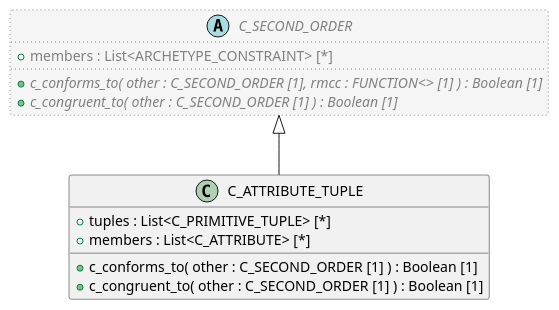
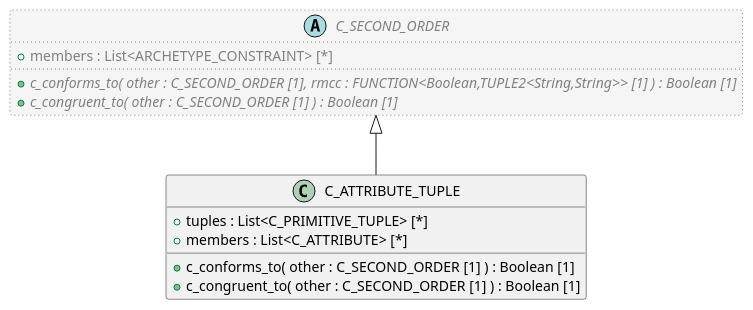
One commit to sebastian-iancu/code-generator changed the diagram in code/Adoc/openehr_am_2.2.0/plantUML/classes/aom2.c_attribute_tuple.adoc. Above: the diagram before and after it, drawn with PlantUML. The commit also changed 299 other files, not shown here.

```diff
--- a/code/Adoc/openehr_am_2.2.0/plantUML/classes/aom2.c_attribute_tuple.adoc
+++ b/code/Adoc/openehr_am_2.2.0/plantUML/classes/aom2.c_attribute_tuple.adoc
@@ -1,22 +1,22 @@
 [plantuml,C_ATTRIBUTE_TUPLE,format=svg]
 -----
 @startuml
 
 class C_ATTRIBUTE_TUPLE {
   + tuples : List<C_PRIMITIVE_TUPLE> [*]
   + members : List<C_ATTRIBUTE> [*]
   + c_conforms_to( other : C_SECOND_ORDER [1] ) : Boolean [1]
   + c_congruent_to( other : C_SECOND_ORDER [1] ) : Boolean [1]
 }
 
 abstract class C_SECOND_ORDER  #whitesmoke;line:gray;line.dotted;text:gray {
   + members : List<ARCHETYPE_CONSTRAINT> [*]
-  + {abstract} c_conforms_to( other : C_SECOND_ORDER [1], rmcc : FUNCTION<> [1] ) : Boolean [1]
+  + {abstract} c_conforms_to( other : C_SECOND_ORDER [1], rmcc : FUNCTION<Boolean,TUPLE2<String,String>> [1] ) : Boolean [1]
   + {abstract} c_congruent_to( other : C_SECOND_ORDER [1] ) : Boolean [1]
 }
 
 C_SECOND_ORDER <|-- C_ATTRIBUTE_TUPLE
 
 
 @enduml
 -----
```
